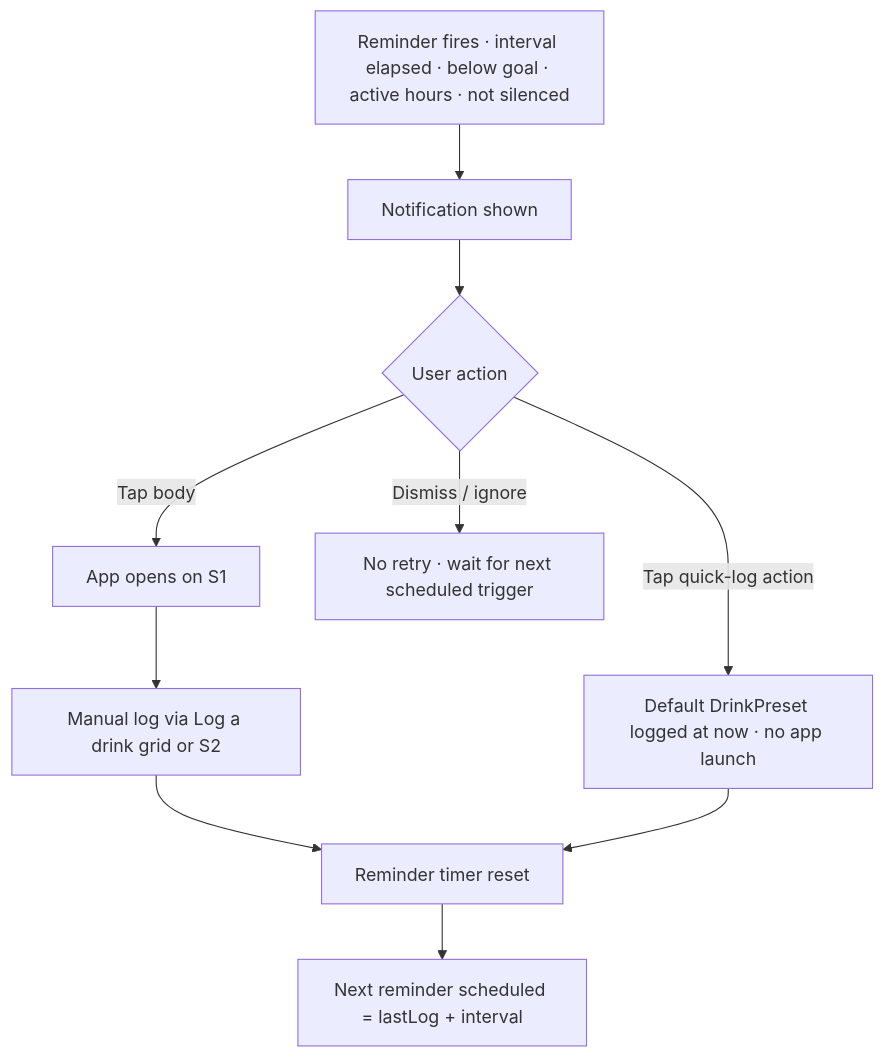
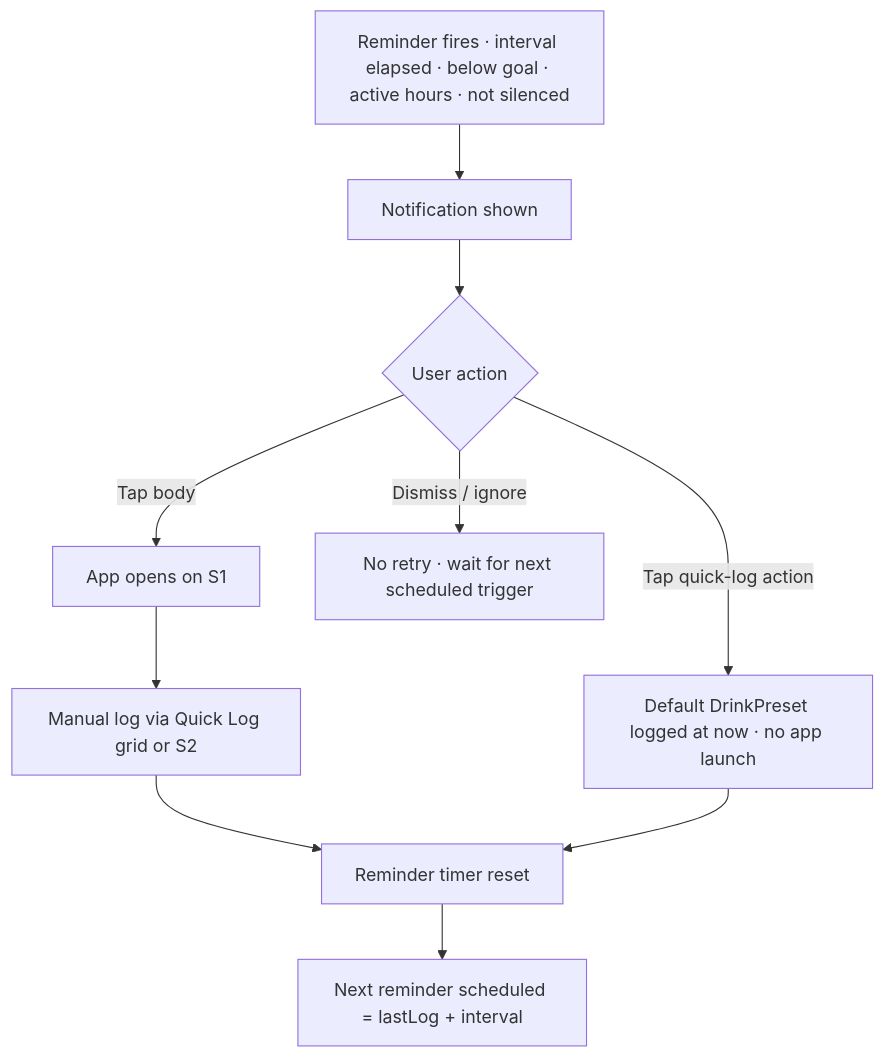
The fifth of 5 diagrams in design/user-experience.md (controlol/drinks-mate), drawn with Mermaid before and after one commit. The commit also changed other lines of this file and 5 other files, not shown here.

First line of the commit message:
Spec decisions for UI/bug backlog: party session lifecycle, S1 rename, BAC chart, S3 expand (#106)

````diff
--- a/design/user-experience.md
+++ b/design/user-experience.md
@@ -331,12 +339,12 @@
 ```mermaid
 flowchart TD
     A[Reminder fires · interval elapsed · below goal · active hours · not silenced] --> B[Notification shown]
     B --> C{User action}
     C -->|Tap body| D[App opens on S1]
-    D --> E[Manual log via Log a drink grid or S2]
+    D --> E[Manual log via Quick Log grid or S2]
     C -->|Tap quick-log action| F[Default DrinkPreset logged at now · no app launch]
     C -->|Dismiss / ignore| G[No retry · wait for next scheduled trigger]
     E --> H[Reminder timer reset]
     F --> H
     H --> I[Next reminder scheduled = lastLog + interval]
 ```
````
